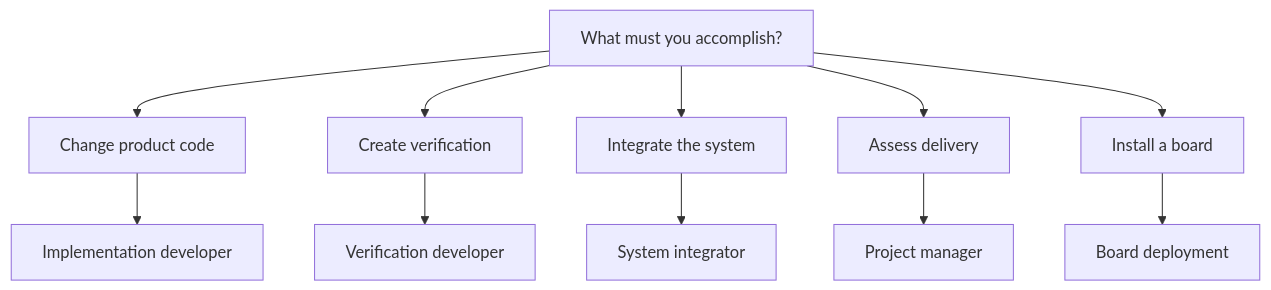
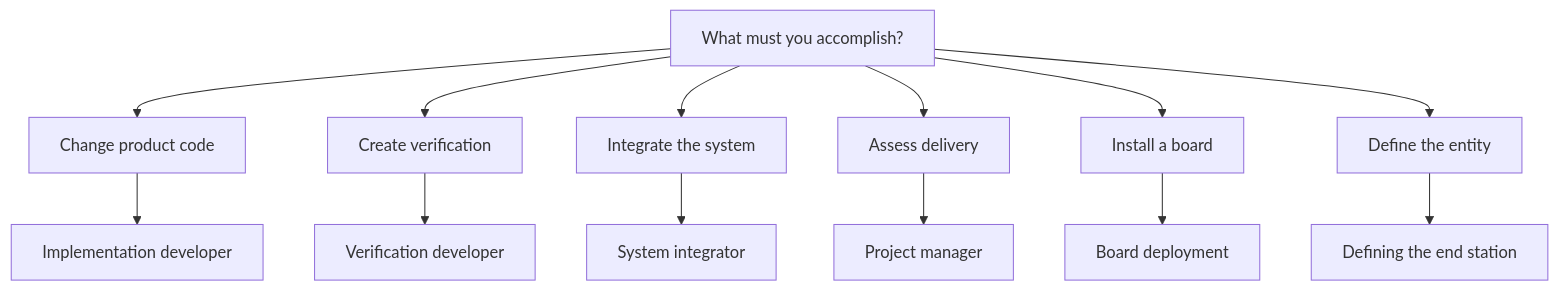
One commit to kebag-logic/milan-fpga changed the diagram in docs/guides/README.md. Above: the diagram before and after it, drawn with Mermaid. The commit also changed other lines of this file and 13 other files, not shown here.

Commit message:
Add the end-station definition guide with its builder-generated key reference, data-flow, descriptor-tree and model-ID diagrams and freshness gates (#797)

````diff
--- a/docs/guides/README.md
+++ b/docs/guides/README.md
@@ -9,14 +9,16 @@
 ```mermaid
 flowchart TD
     START[What must you accomplish?]
     START --> CODE[Change product code]
     START --> TEST[Create verification]
     START --> JOIN[Integrate the system]
     START --> PLAN[Assess delivery]
     START --> SHIP[Install a board]
+    START --> SHAPE[Define the entity]
     CODE --> DEV[Implementation developer]
     TEST --> VER[Verification developer]
     JOIN --> INT[System integrator]
     PLAN --> MGR[Project manager]
     SHIP --> DEP[Board deployment]
+    SHAPE --> DEF[Defining the end station]
 ```
````
